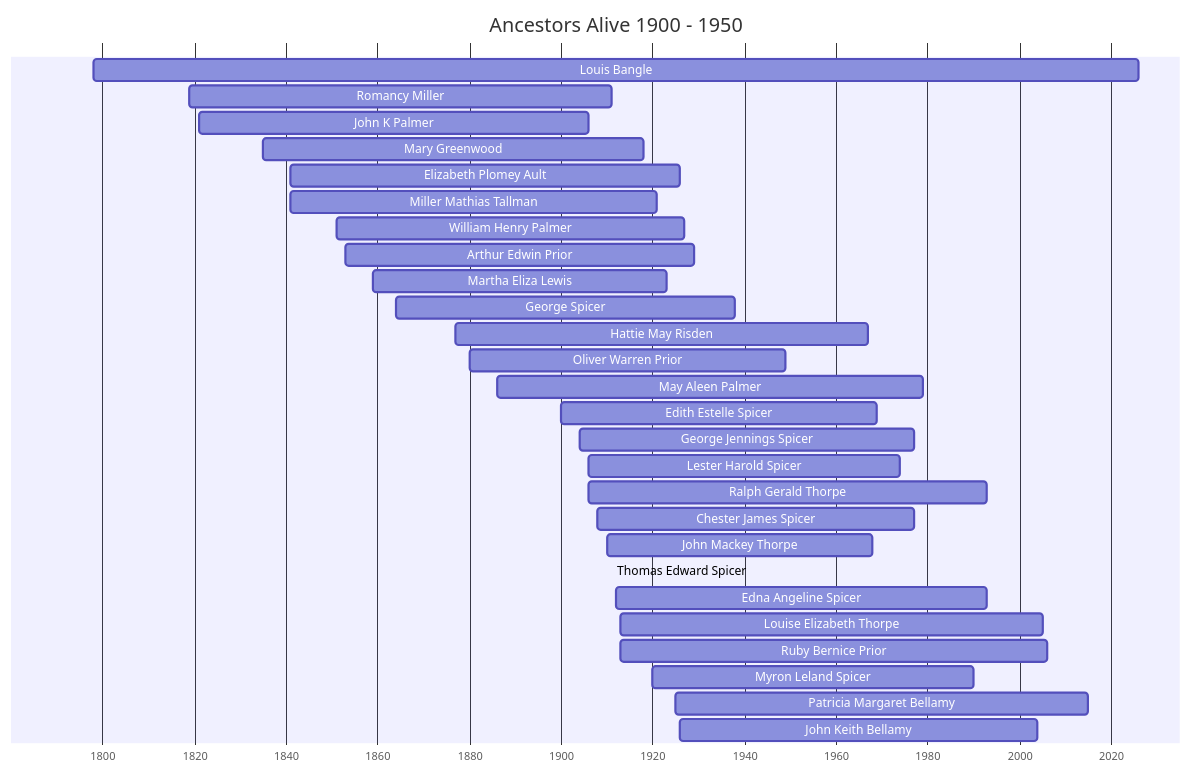
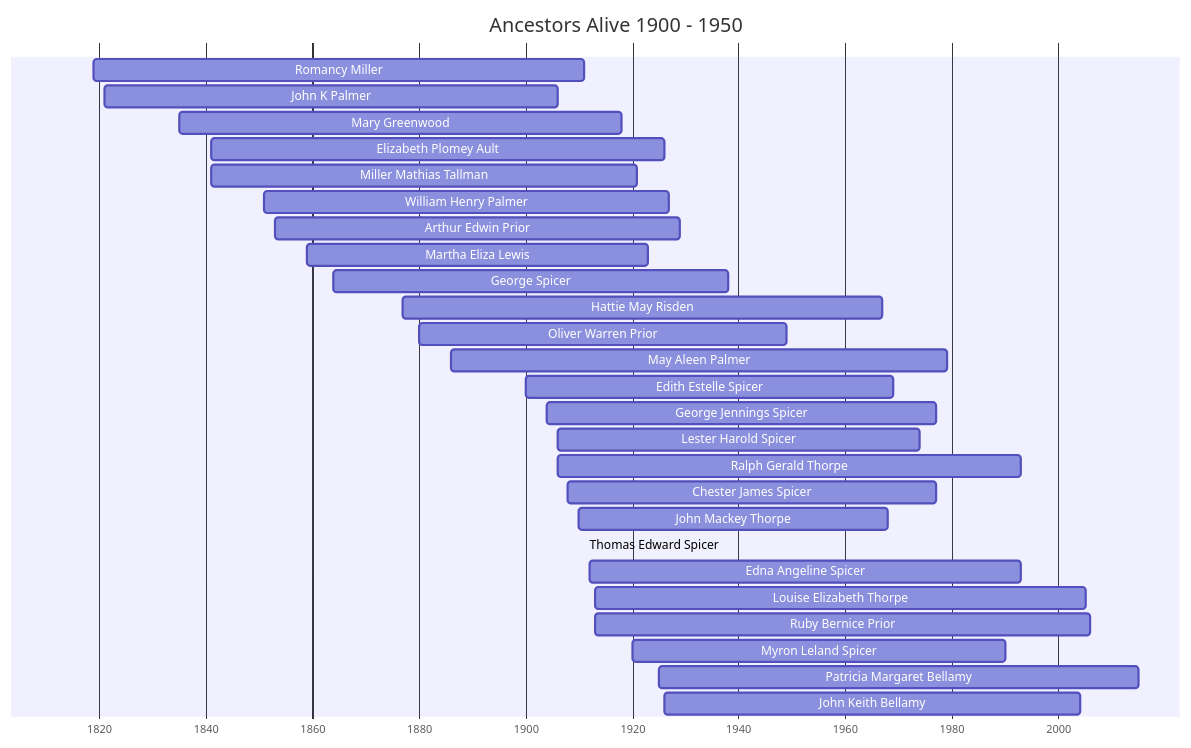
Before and after one commit to zcopley/thorpe-family-research: the diagram in Topics/Ancestors of the 1900-1950 Era.md, drawn with Mermaid. The commit also changed other lines of this file and 62 other files, not shown here.

````diff
--- a/Topics/Ancestors of the 1900-1950 Era.md
+++ b/Topics/Ancestors of the 1900-1950 Era.md
@@ -16,33 +16,32 @@
 ```mermaid
 gantt
     title Ancestors Alive 1900 - 1950
     dateFormat  YYYY
     axisFormat  %Y
     tickInterval 5y
-    Louis Bangle : 1798, 2026
     Romancy Miller : 1819, 1911
     John K Palmer : 1821, 1906
     Mary Greenwood : 1835, 1918
     Elizabeth Plomey Ault : 1841, 1926
     Miller Mathias Tallman : 1841, 1921
     William Henry Palmer : 1851, 1927
     Arthur Edwin Prior : 1853, 1929
     Martha Eliza Lewis : 1859, 1923
     George Spicer : 1864, 1938
     Hattie May Risden : 1877, 1967
     Oliver Warren Prior : 1880, 1949
     May Aleen Palmer : 1886, 1979
     Edith Estelle Spicer : 1900, 1969
     George Jennings Spicer : 1904, 1977
     Lester Harold Spicer : 1906, 1974
     Ralph Gerald Thorpe : 1906, 1993
     Chester James Spicer : 1908, 1977
     John Mackey Thorpe : 1910, 1968
     Thomas Edward Spicer : 1911, 1911
     Edna Angeline Spicer : 1912, 1993
     Louise Elizabeth Thorpe : 1913, 2005
     Ruby Bernice Prior : 1913, 2006
     Myron Leland Spicer : 1920, 1990
     Patricia Margaret Bellamy : 1925, 2015
     John Keith Bellamy : 1926, 2004
 ```
````
